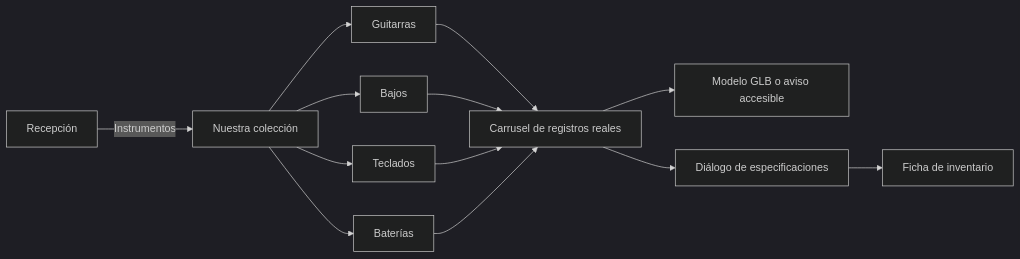
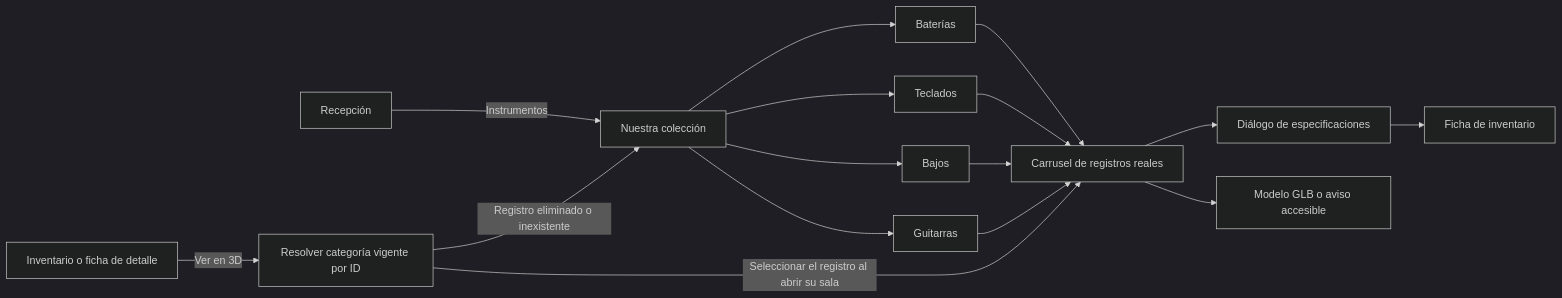
Before and after one commit to jorgehernanwb-spec/jorges-music-home: the diagram in docs/04_casos_de_uso/galeria.md, drawn with Mermaid (dark theme). The commit also changed other lines of this file and 17 other files, not shown here.

````diff
--- a/docs/04_casos_de_uso/galeria.md
+++ b/docs/04_casos_de_uso/galeria.md
@@ -21,15 +22,18 @@
 ```mermaid
 flowchart LR
     recepcion["Recepción"] -->|Instrumentos| coleccion["Nuestra colección"]
+    inventario["Inventario o ficha de detalle"] -->|"Ver en 3D"| acceso["Resolver categoría vigente por ID"]
+    acceso -->|"Seleccionar el registro al abrir su sala"| carrusel
+    acceso -->|"Registro eliminado o inexistente"| coleccion
     coleccion --> guitarras["Guitarras"]
     coleccion --> bajos["Bajos"]
     coleccion --> teclados["Teclados"]
     coleccion --> baterias["Baterías"]
     guitarras --> carrusel["Carrusel de registros reales"]
     bajos --> carrusel
     teclados --> carrusel
     baterias --> carrusel
     carrusel --> visor["Modelo GLB o aviso accesible"]
     carrusel --> especificaciones["Diálogo de especificaciones"]
     especificaciones --> detalle["Ficha de inventario"]
 ```
````
